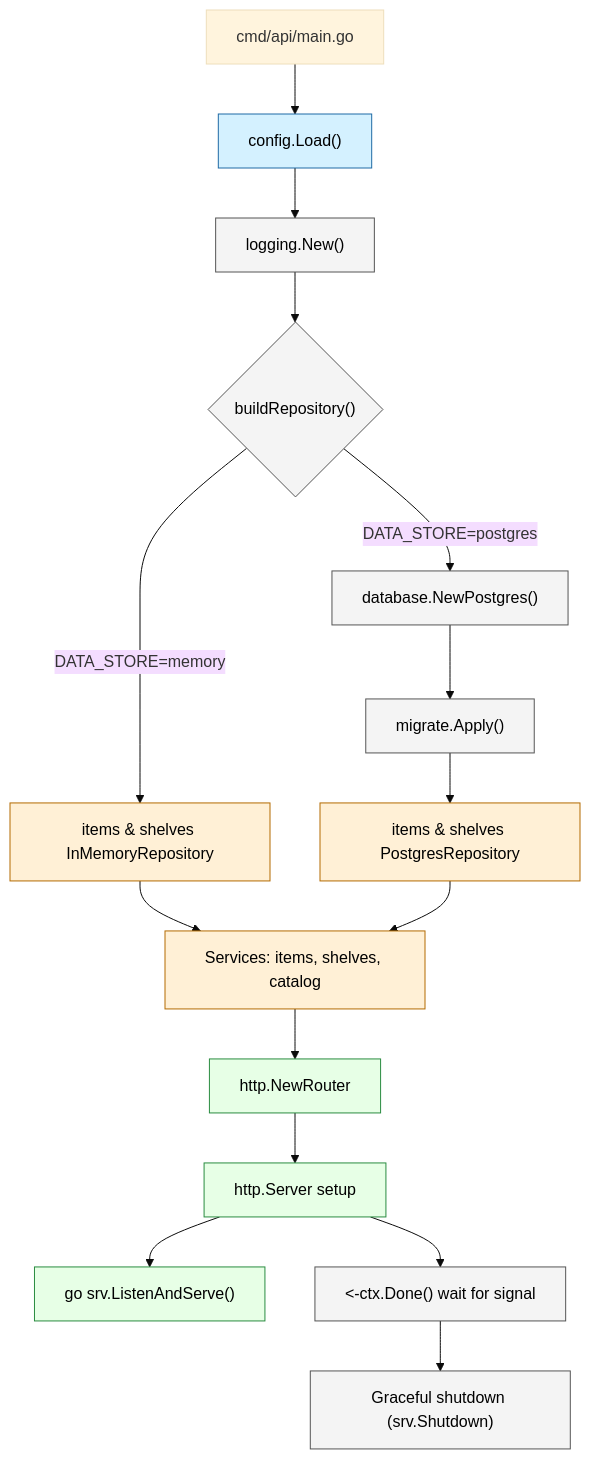
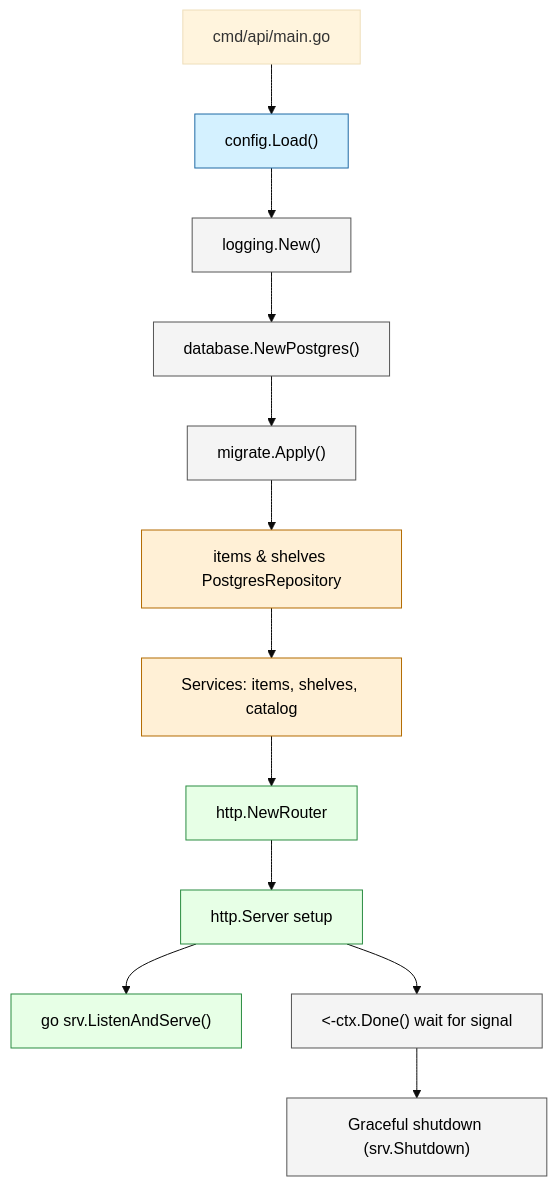
The diagram in docs/architecture/go-startup.md (drywaters/anthology), drawn with Mermaid (base theme) before and after one commit. The commit also changed other lines of this file and 27 other files, not shown here.

````diff
--- a/docs/architecture/go-startup.md
+++ b/docs/architecture/go-startup.md
@@ -3,22 +3,19 @@
 ```mermaid
 flowchart TD
   A["cmd/api/main.go"] --> B["config.Load()"]:::config
   B --> C["logging.New()"]:::infra
-  C --> D{"buildRepository()"}:::infra
-  D -->|DATA_STORE=memory| E["items & shelves InMemoryRepository"]:::domain
-  D -->|DATA_STORE=postgres| F["database.NewPostgres()"]:::infra
-  F --> G["migrate.Apply()"]:::infra
-  G --> H["items & shelves PostgresRepository"]:::domain
-  E --> I["Services: items, shelves, catalog"]:::domain
-  H --> I
+  C --> D["database.NewPostgres()"]:::infra
+  D --> E["migrate.Apply()"]:::infra
+  E --> F["items & shelves PostgresRepository"]:::domain
+  F --> I["Services: items, shelves, catalog"]:::domain
   I --> J["http.NewRouter"]:::transport
   J --> K["http.Server setup"]:::transport
   K --> L["go srv.ListenAndServe()"]:::transport
   K --> M["&lt;-ctx.Done() wait for signal"]:::infra
   M --> N["Graceful shutdown (srv.Shutdown)"]:::infra
 
   classDef config fill:#d4f1ff,stroke:#1f6aa5,color:#000;
   classDef infra fill:#f4f4f4,stroke:#555,color:#000;
   classDef domain fill:#fff0d6,stroke:#b36b00,color:#000;
   classDef transport fill:#e7ffe6,stroke:#2a8c41,color:#000;
 ```
````
